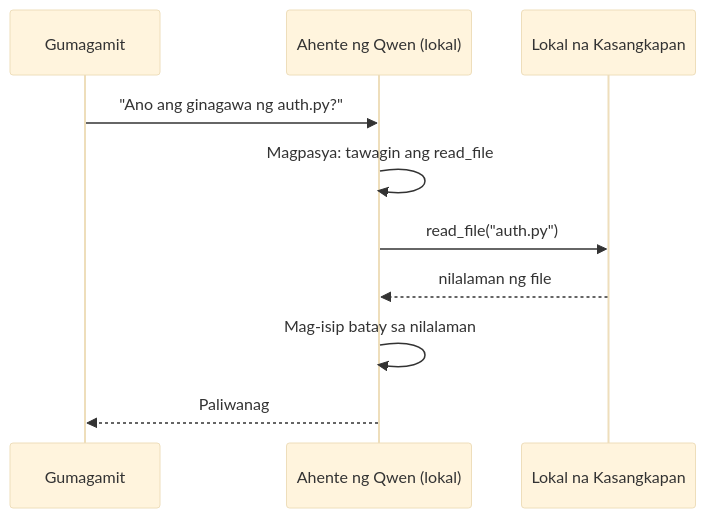
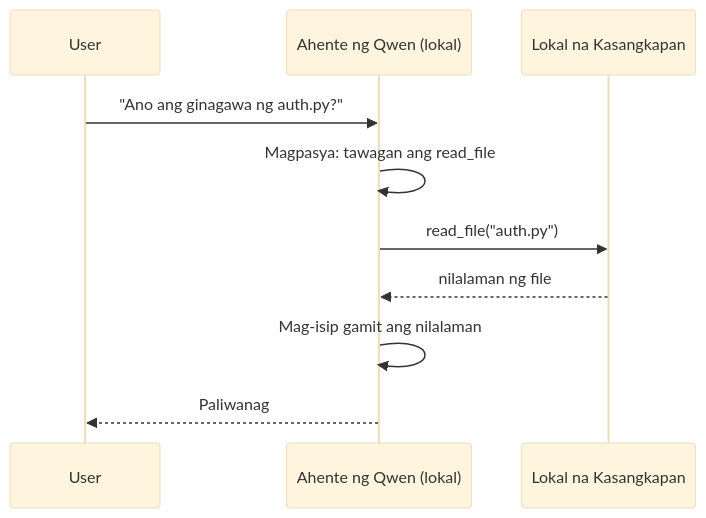
The second of 4 diagrams in mirrors/repos/microsoft@ai-agents-for-beginners/translations/tl/17-creating-local-ai-agents/README.md (gabrielmoreira/agent-skills-mirror), drawn with Mermaid (base theme) before and after one commit. The commit also changed other lines of this file and 4262 other files, not shown here.

````diff
--- a/mirrors/repos/microsoft@ai-agents-for-beginners/translations/tl/17-creating-local-ai-agents/README.md
+++ b/mirrors/repos/microsoft@ai-agents-for-beginners/translations/tl/17-creating-local-ai-agents/README.md
@@ -106,12 +106,12 @@
 ```mermaid
 sequenceDiagram
-    participant U as Gumagamit
+    participant U as User
     participant A as Ahente ng Qwen (lokal)
     participant T as Lokal na Kasangkapan
     U->>A: "Ano ang ginagawa ng auth.py?"
-    A->>A: Magpasya: tawagin ang read_file
+    A->>A: Magpasya: tawagan ang read_file
     A->>T: read_file("auth.py")
     T-->>A: nilalaman ng file
-    A->>A: Mag-isip batay sa nilalaman
+    A->>A: Mag-isip gamit ang nilalaman
     A-->>U: Paliwanag
 ```
````
